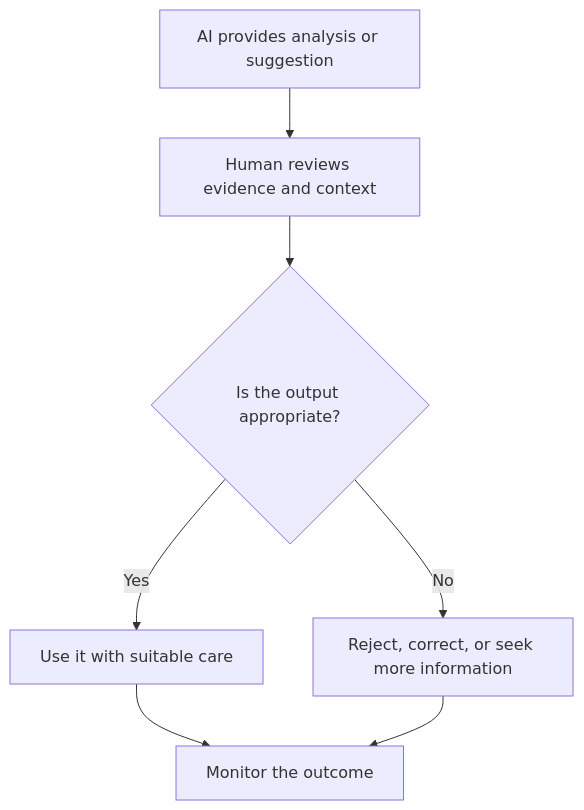
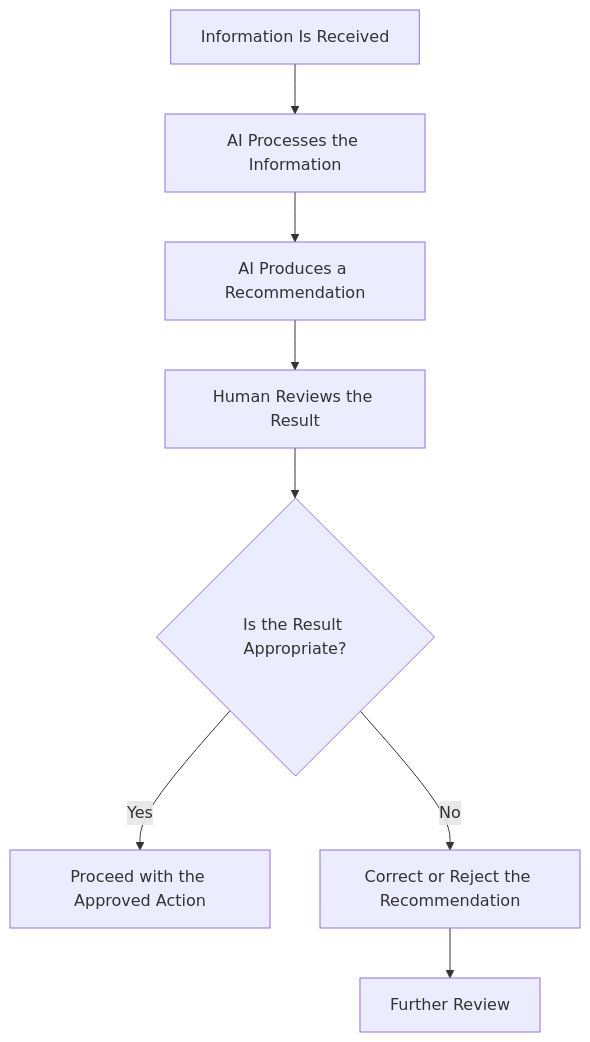
One commit to NicolausLionel/SLN changed the second of 3 diagrams in content/05_ethical-and-responsible-use.md. Above: the diagram before and after it, drawn with Mermaid. The commit also changed other lines of this file, not shown here.

````diff
--- a/content/05_ethical-and-responsible-use.md
+++ b/content/05_ethical-and-responsible-use.md
@@ -207,9 +808,10 @@
 ```mermaid
 flowchart TD
- A[AI provides analysis or suggestion] --> B[Human reviews evidence and context]
- B --> C{Is the output appropriate?}
- C -->|Yes| D[Use it with suitable care]
- C -->|No| E[Reject, correct, or seek more information]
- D --> F[Monitor the outcome]
- E --> F
+    A["Information Is Received"] --> B["AI Processes the Information"]
+    B --> C["AI Produces a Recommendation"]
+    C --> D["Human Reviews the Result"]
+    D --> E{"Is the Result Appropriate?"}
+    E -->|Yes| F["Proceed with the Approved Action"]
+    E -->|No| G["Correct or Reject the Recommendation"]
+    G --> H["Further Review"]
 ```
````
